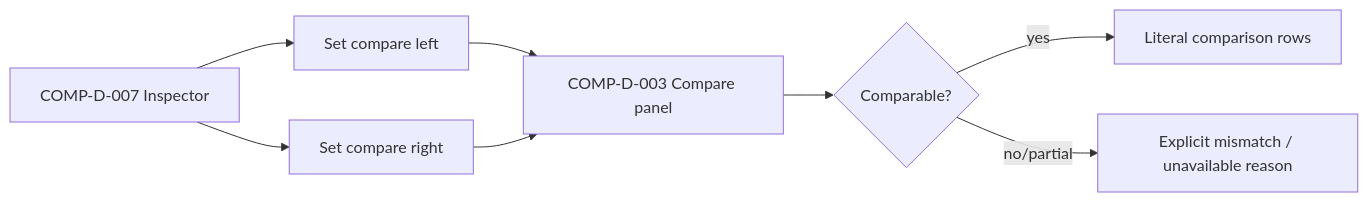
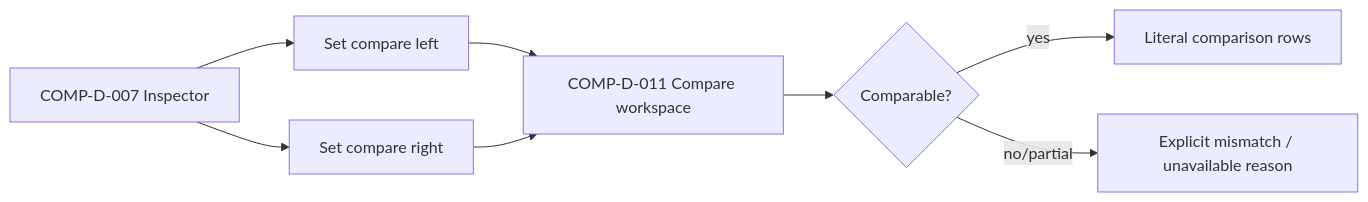
One commit to Entif-AI/Bilqis changed the fifth of 18 diagrams in docs/architecture/mission-control-design/FLOWS.md. Above: the diagram before and after it, drawn with Mermaid. The commit also changed other lines of this file and 7 other files, not shown here.

Commit message:
docs(mission-control): make atlas target-state flowcharts

````diff
--- a/docs/architecture/mission-control-design/FLOWS.md
+++ b/docs/architecture/mission-control-design/FLOWS.md
@@ -78,10 +78,10 @@
 ```mermaid
 flowchart LR
   A[COMP-D-007 Inspector] --> B[Set compare left]
   A --> C[Set compare right]
-  B --> D[COMP-D-003 Compare panel]
+  B --> D[COMP-D-011 Compare workspace]
   C --> D
   D --> E{Comparable?}
   E -->|yes| F[Literal comparison rows]
   E -->|no/partial| G[Explicit mismatch / unavailable reason]
 ```
````
